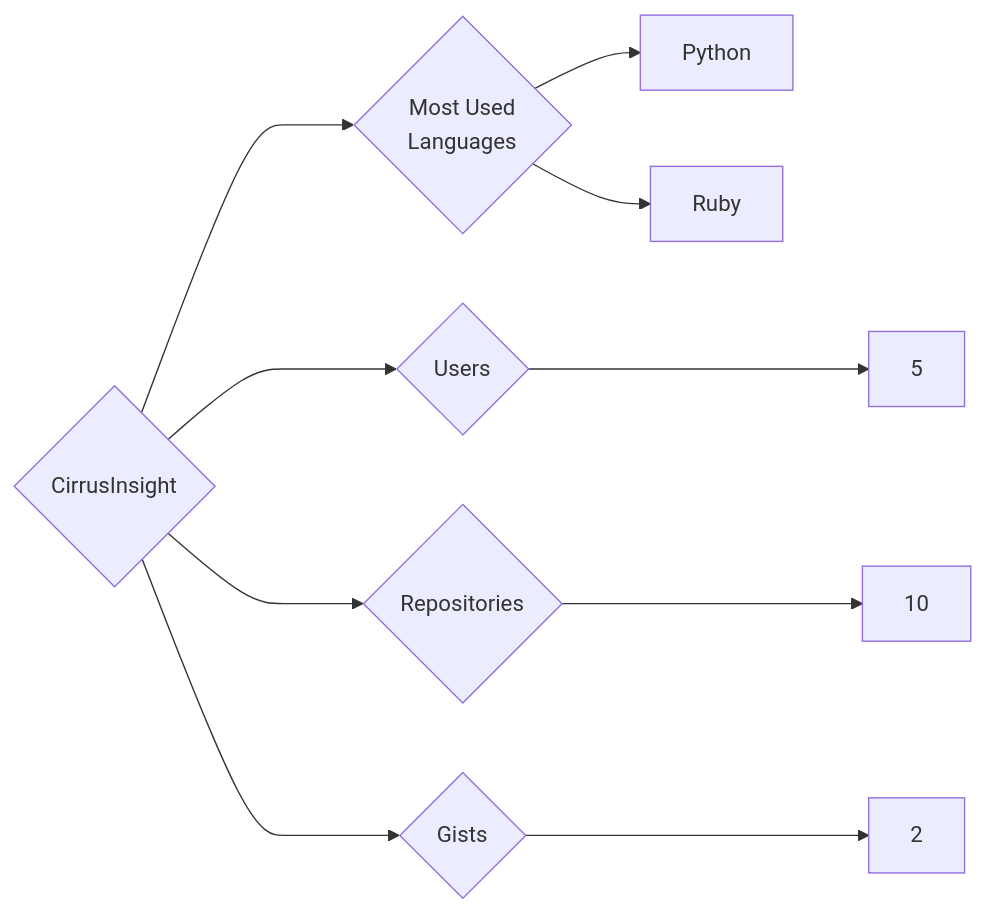
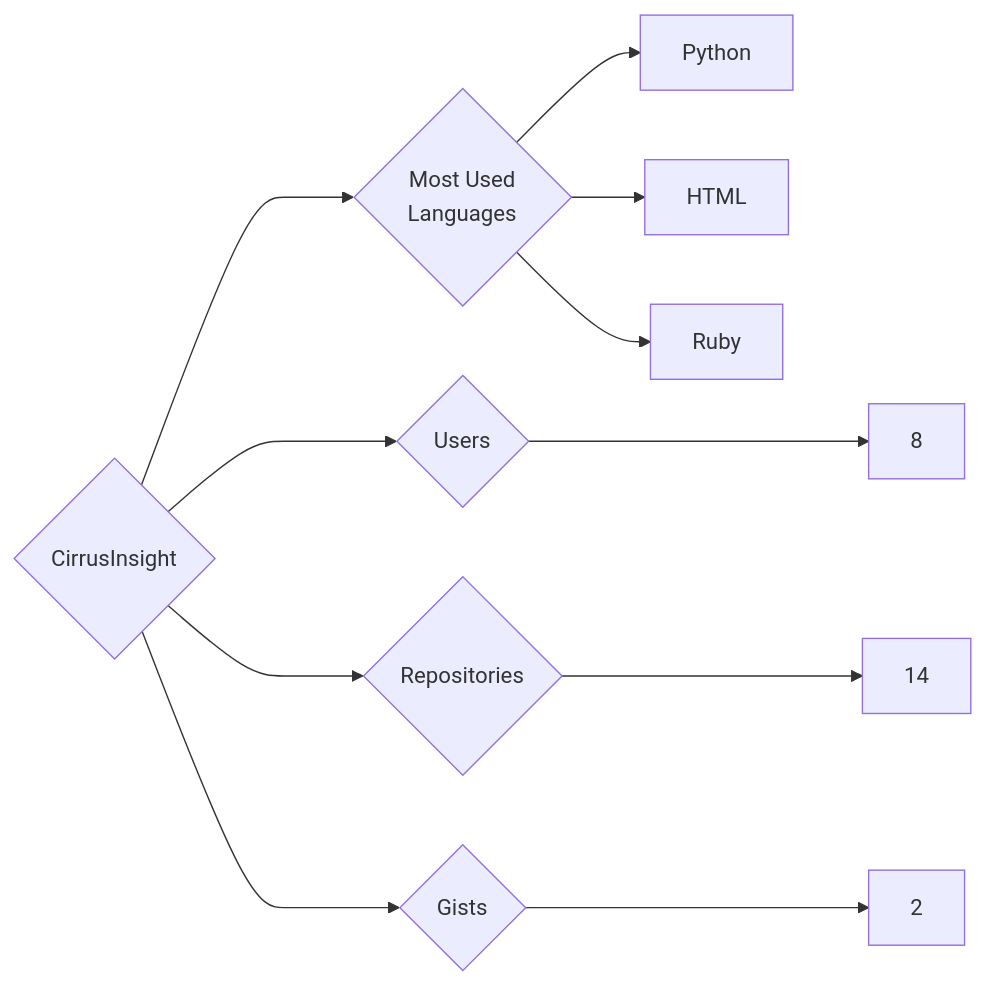
Before and after one commit to trickest/insiders: the diagram in targets/CirrusInsight/README.md, drawn with Mermaid. The commit also changed 1175 other files, not shown here.

````diff
--- a/targets/CirrusInsight/README.md
+++ b/targets/CirrusInsight/README.md
@@ -3,10 +3,11 @@
 ```mermaid
 graph LR
 COMPANY_NAME{CirrusInsight}
-COMPANY_NAME ---> U{Users} ---> UN[5]
-COMPANY_NAME ---> R{Repositories} ---> RN[10]
+COMPANY_NAME ---> U{Users} ---> UN[8]
+COMPANY_NAME ---> R{Repositories} ---> RN[14]
 COMPANY_NAME ---> G{Gists} ---> GN[2]
 COMPANY_NAME ---> ML{Most Used<br>Languages}
 ML --> Python[Python]
+ML --> HTML[HTML]
 ML --> Ruby[Ruby]
 ```
````
